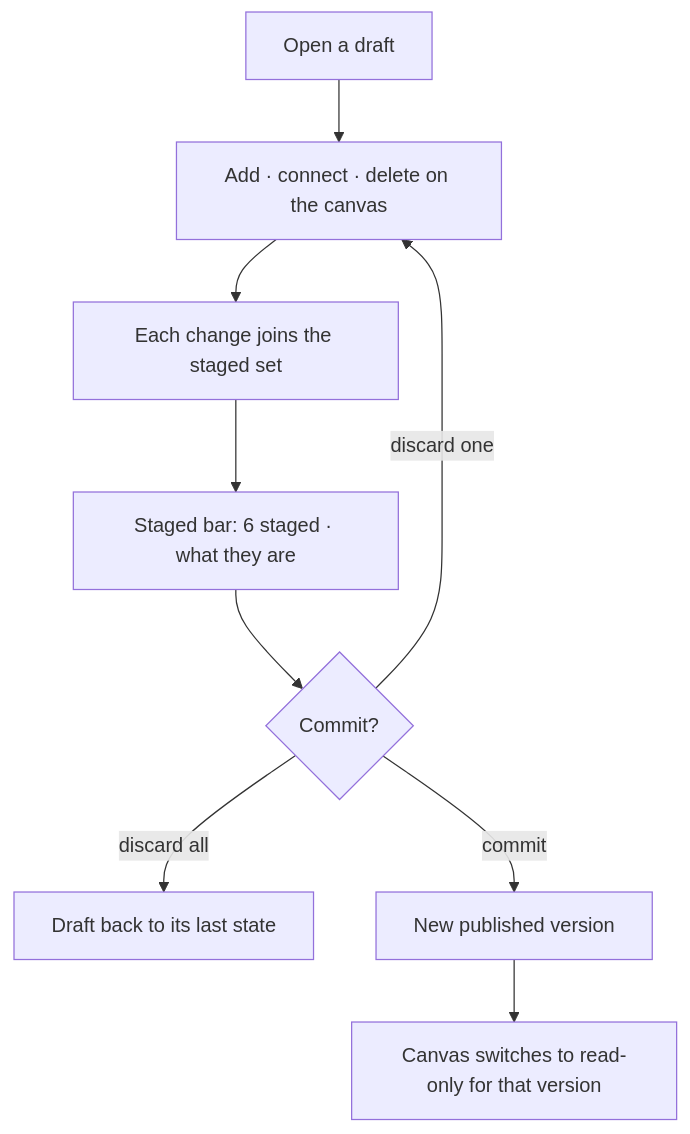
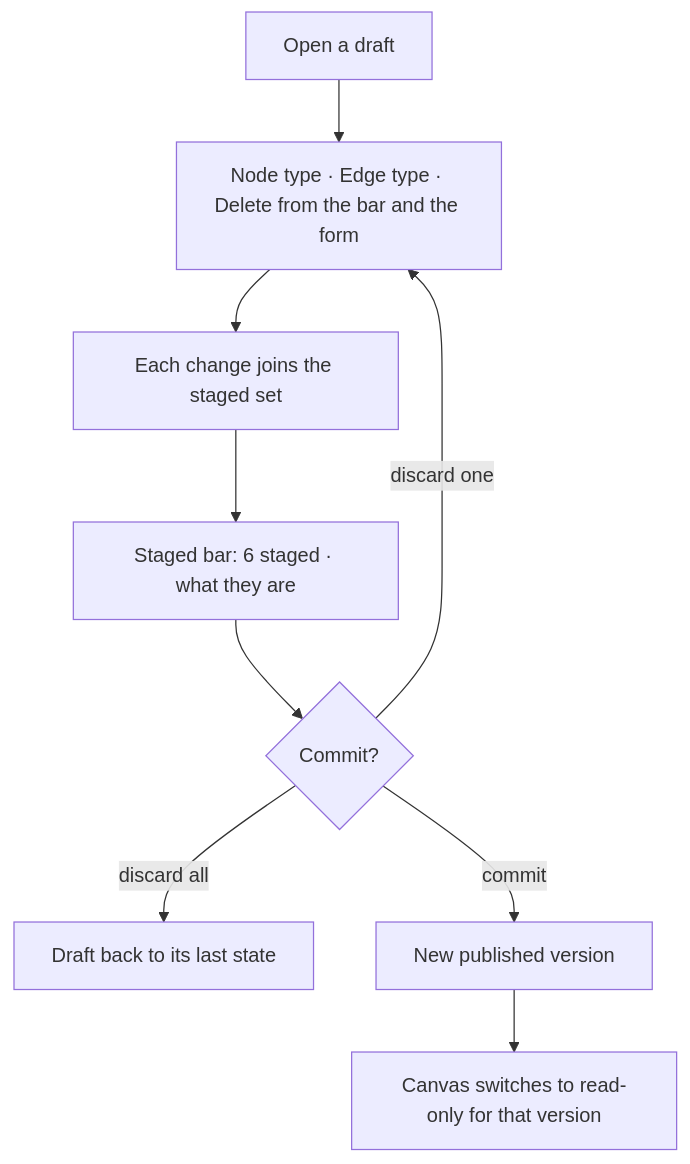
The diagram in docs/for-developers/modules/connect-and-model/features/model-editor.md (invana/invana), drawn with Mermaid before and after one commit. The commit also changed other lines of this file and 22 other files, not shown here.

First line of the commit message:
feat: the modeller draws on one canvas — GraphModelCanvas, with dashed stitches (GM1–GM12 · ST19 · ST57 · ME26)

````diff
--- a/docs/for-developers/modules/connect-and-model/features/model-editor.md
+++ b/docs/for-developers/modules/connect-and-model/features/model-editor.md
@@ -30,11 +30,11 @@
 ```mermaid
 flowchart TD
-    A[Open a draft] --> B[Add · connect · delete on the canvas]
+    A[Open a draft] --> B[Node type · Edge type · Delete from the bar and the form]
     B --> C[Each change joins the staged set]
     C --> D[Staged bar: 6 staged · what they are]
     D --> E{Commit?}
     E -->|discard one| B
     E -->|discard all| F[Draft back to its last state]
     E -->|commit| G[New published version]
     G --> H[Canvas switches to read-only for that version]
 ```
````
